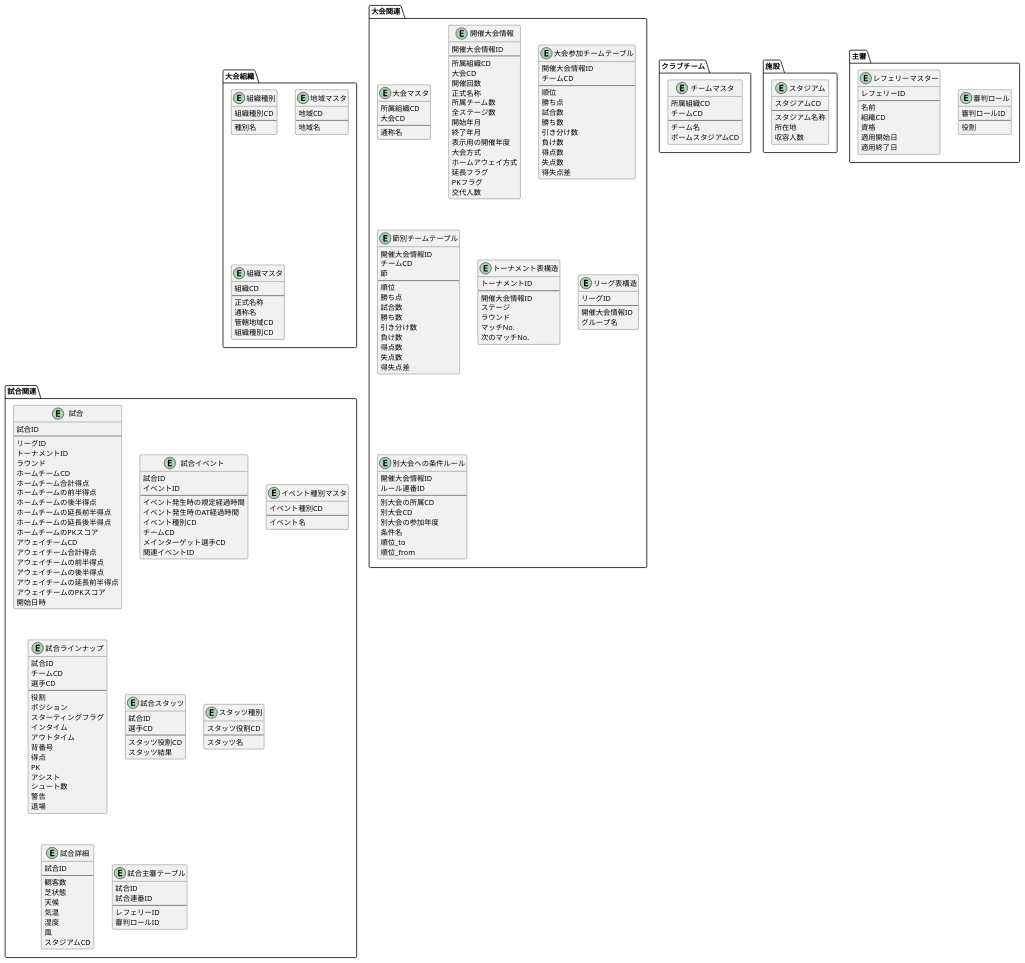
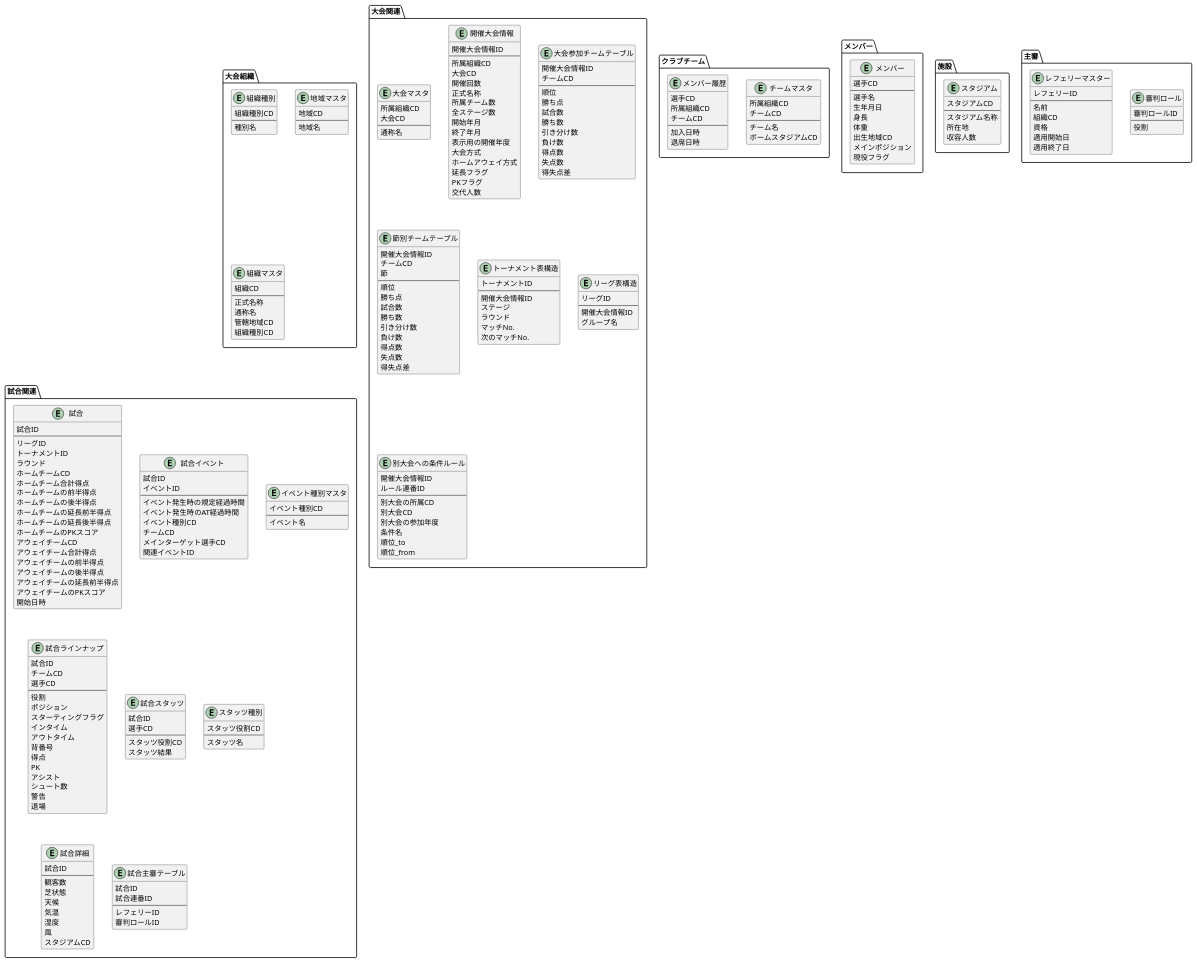
One commit to LCC-SYamada/SocckerDB_PlantUML changed the diagram in soccker_db.puml. Above: the diagram before and after it, drawn with PlantUML.

Commit message:
メンバーテーブルとメンバー履歴テーブルの追加

```diff
--- a/soccker_db.puml
+++ b/soccker_db.puml
@@ -30,6 +30,29 @@
     --
     チーム名
     ボームスタジアムCD
+  }
+
+  Entity "メンバー履歴" as MemberHistory {
+    選手CD
+    所属組織CD
+    チームCD
+    --
+    加入日時
+    退席日時
+  }
+}
+
+Package "メンバー" {
+  Entity "メンバー" as Member {
+    選手CD
+    --
+    選手名
+    生年月日
+    身長
+    体重
+    出生地域CD
+    メインポジション
+    現役フラグ
   }
 }
 
```
